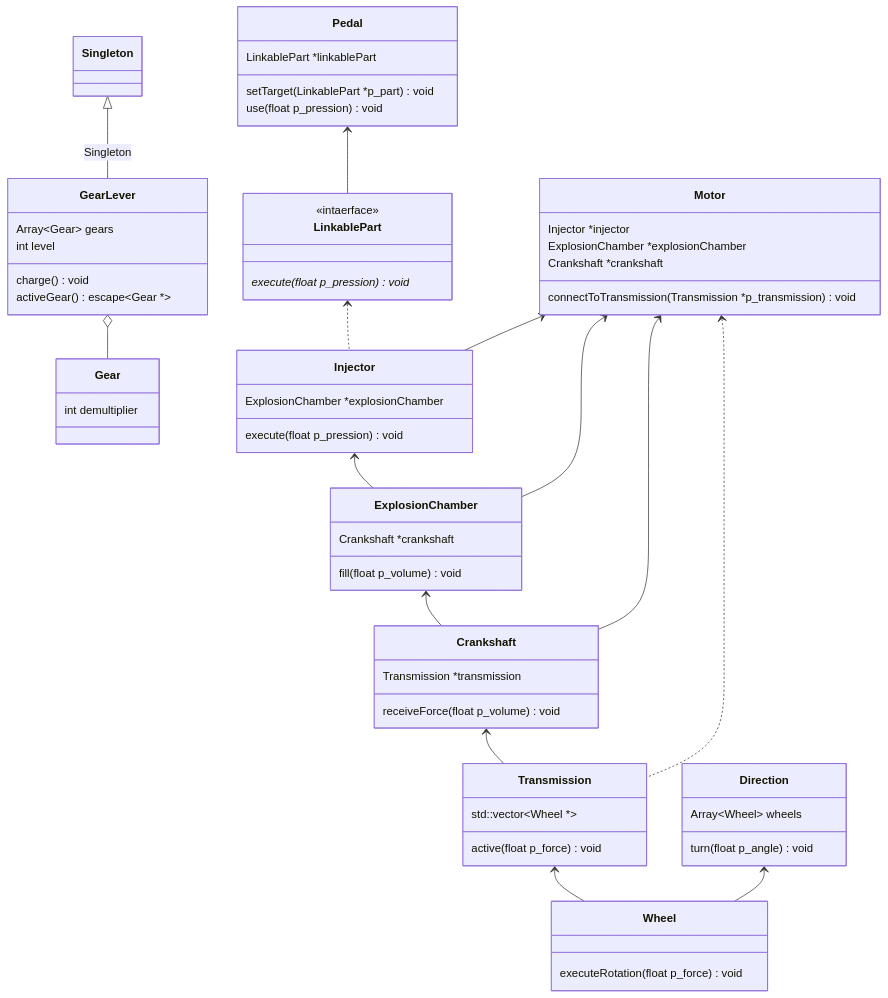
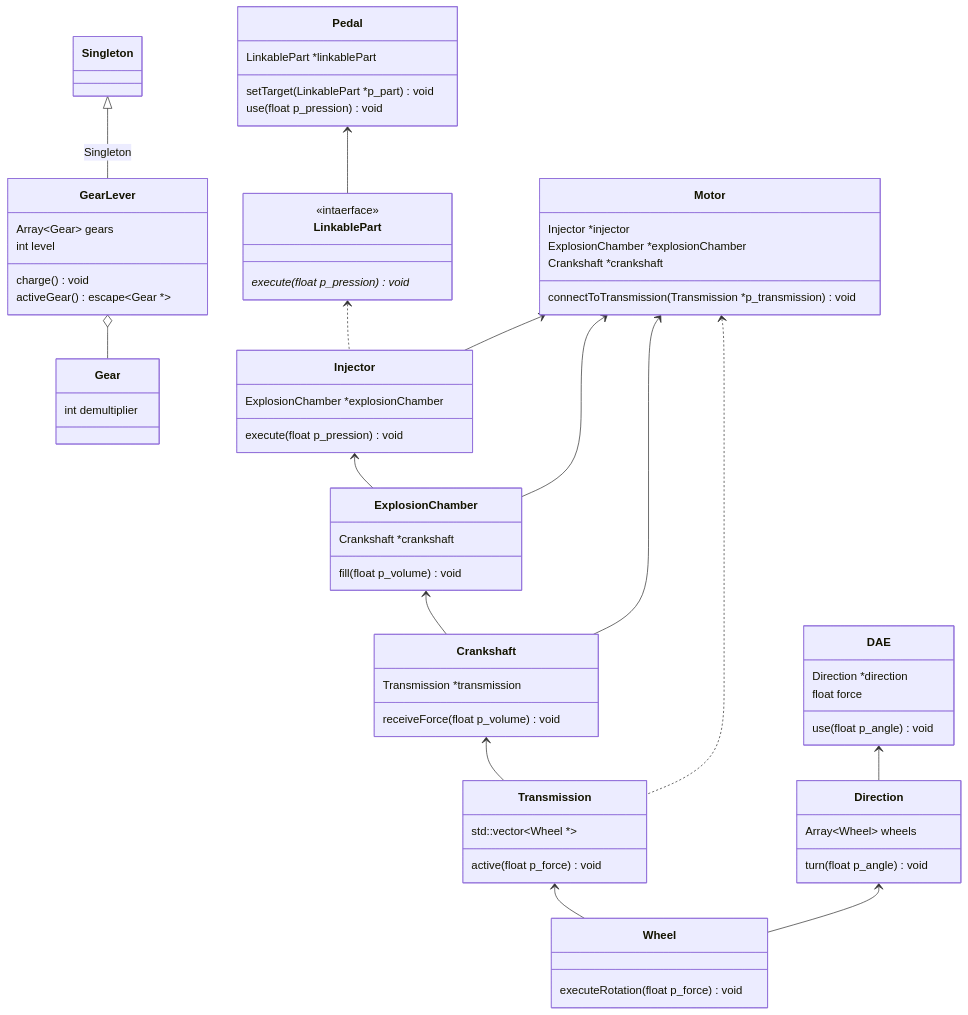
Before and after one commit to PalmNeko/piscine-object02-UML: the diagram in subject.md, drawn with Mermaid.

Commit message:
add: DAE

````diff
--- a/subject.md
+++ b/subject.md
@@ -22,6 +22,8 @@
     Pedal <-- LinkablePart
 
     Direction <-- Wheel
+
+    DAE <-- Direction
 
     class LinkablePart {
         <<intaerface>>
@@ -84,4 +86,11 @@
         Array~Wheel~ wheels
         turn(float p_angle) void
     }
+
+    class DAE {
+        Direction *direction
+        float force
+        use(float p_angle) void
+    }
+
 ```
````
